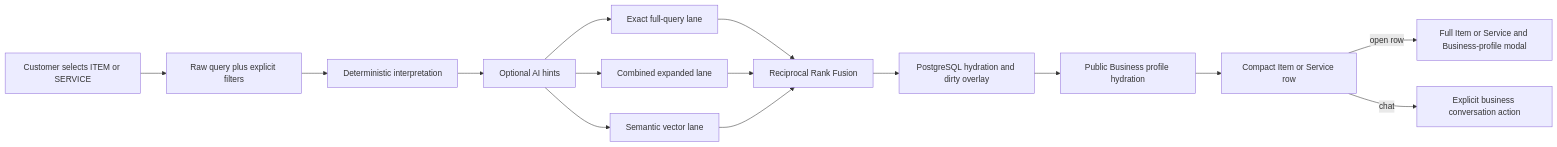
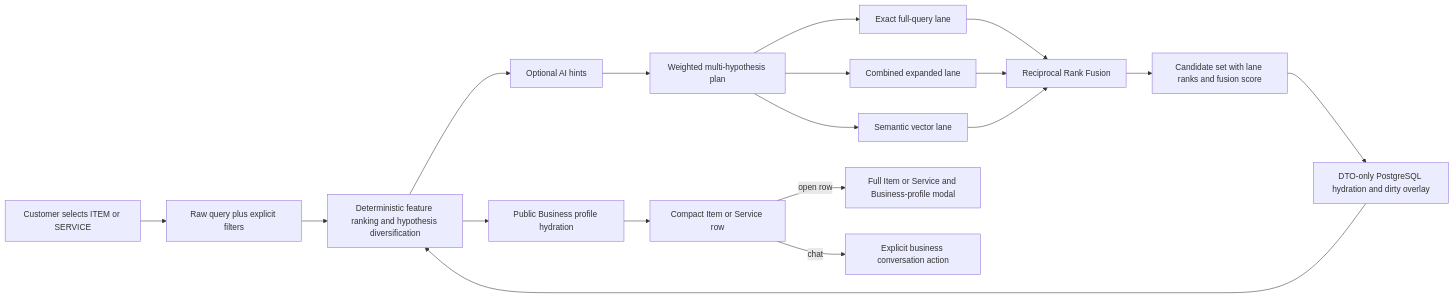
One commit to Siirio/AskBackend changed the second of 2 diagrams in AI_Knowledge/features/search/flow.md. Above: the diagram before and after it, drawn with Mermaid. The commit also changed 34 other files, not shown here.

````diff
--- a/AI_Knowledge/features/search/flow.md
+++ b/AI_Knowledge/features/search/flow.md
@@ -20,17 +20,20 @@
 ```mermaid
 flowchart LR
     U[Customer selects ITEM or SERVICE] --> Q[Raw query plus explicit filters]
     Q --> D[Deterministic interpretation]
     D --> A[Optional AI hints]
-    A --> E[Exact full-query lane]
-    A --> X[Combined expanded lane]
-    A --> S[Semantic vector lane]
+    A --> P[Weighted multi-hypothesis plan]
+    P --> E[Exact full-query lane]
+    P --> X[Combined expanded lane]
+    P --> S[Semantic vector lane]
     E --> R[Reciprocal Rank Fusion]
     X --> R
     S --> R
-    R --> H[PostgreSQL hydration and dirty overlay]
-    H --> B[Public Business profile hydration]
+    R --> K[Candidate set with lane ranks and fusion score]
+    K --> H[DTO-only PostgreSQL hydration and dirty overlay]
+    H --> D[Deterministic feature ranking and hypothesis diversification]
+    D --> B[Public Business profile hydration]
     B --> C[Compact Item or Service row]
     C -->|open row| M[Full Item or Service and Business-profile modal]
     C -->|chat| T[Explicit business conversation action]
 ```
````
